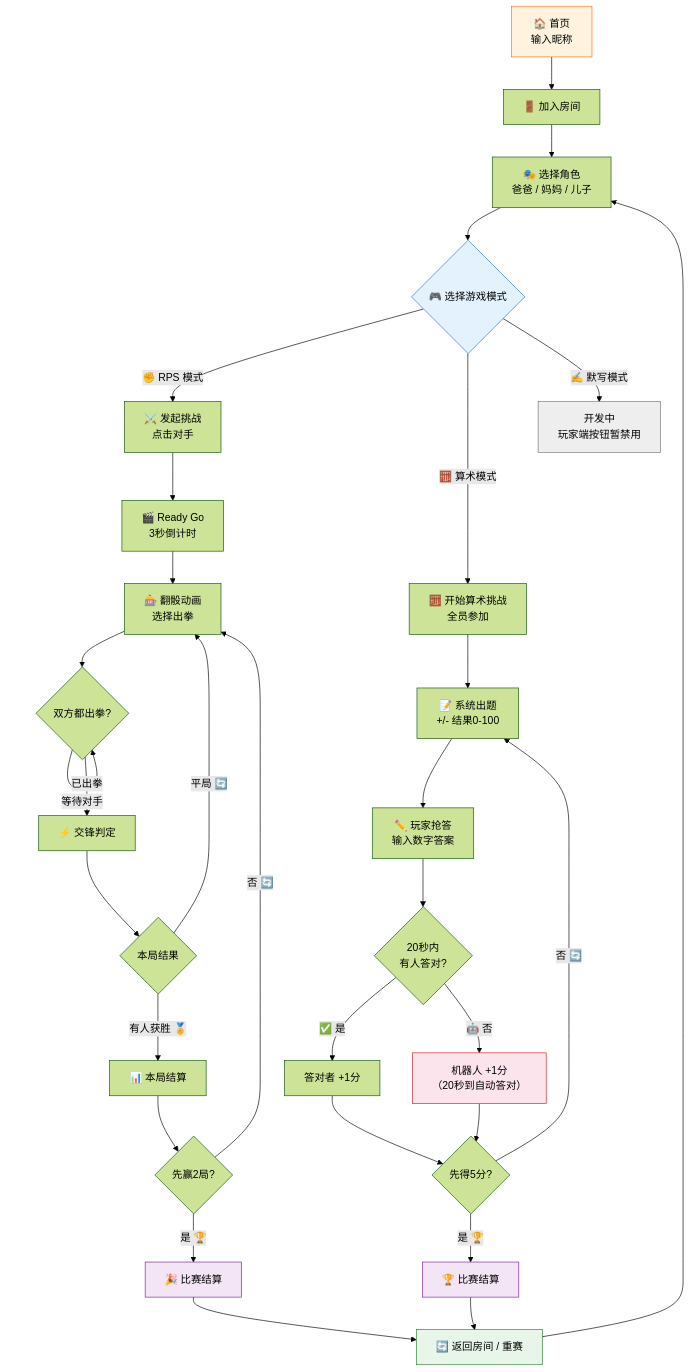
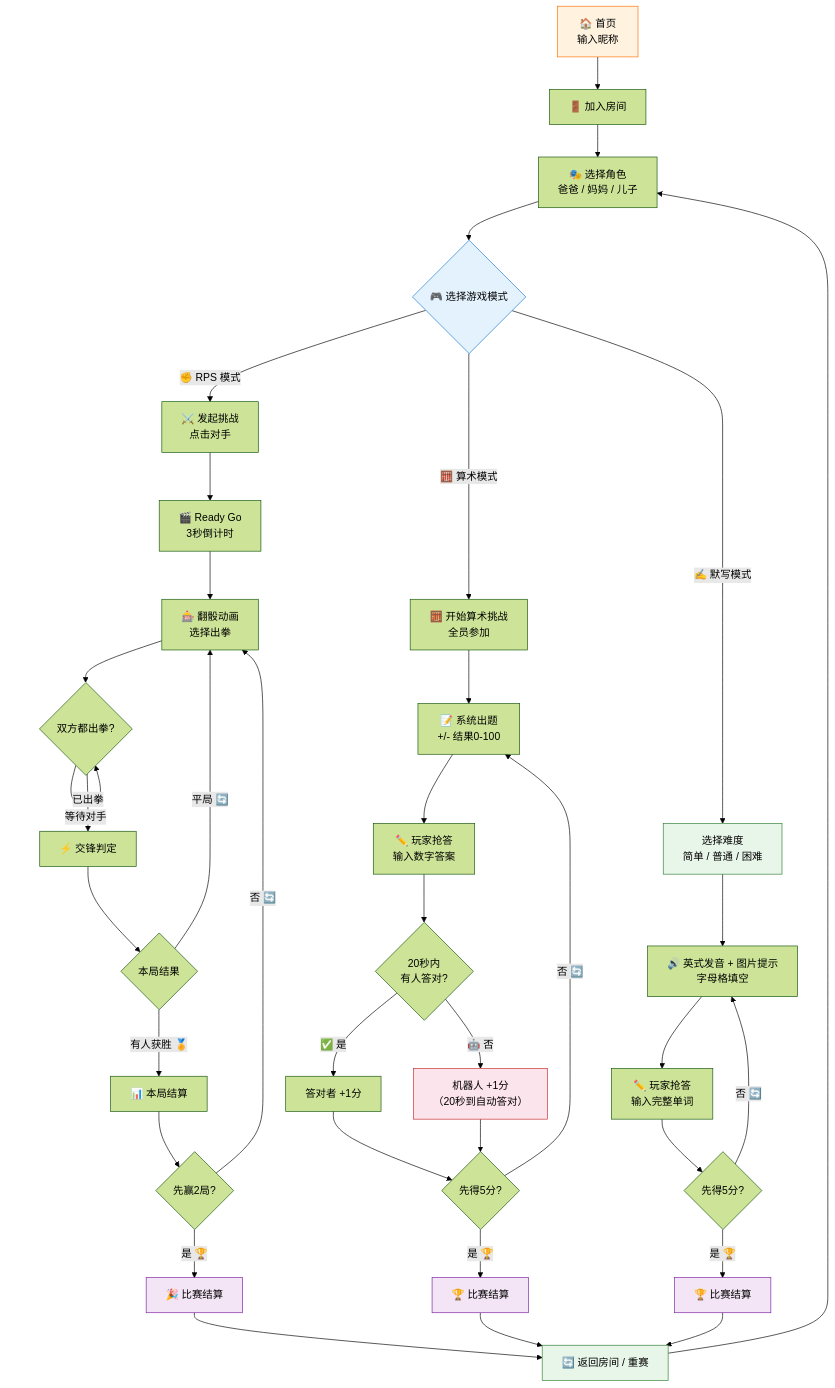
The second of 2 diagrams in README.md (soapgu/family-war), drawn with Mermaid (forest theme) before and after one commit. The commit also changed other lines of this file and 13 other files, not shown here.

````diff
--- a/README.md
+++ b/README.md
@@ -37,44 +37,51 @@
 ```mermaid
 flowchart TD
     A[🏠 首页<br>输入昵称] --> B[🚪 加入房间]
     B --> C[🎭 选择角色<br>爸爸 / 妈妈 / 儿子]
     C --> D{🎮 选择游戏模式}
 
     D -->|✊ RPS 模式| E[⚔️ 发起挑战<br>点击对手]
     E --> F[🎬 Ready Go<br>3秒倒计时]
     F --> G[🎰 翻骰动画<br>选择出拳]
     G --> H{双方都出拳?}
     H -->|等待对手| H
     H -->|已出拳| I[⚡ 交锋判定]
     I --> J{本局结果}
     J -->|平局 🔄| G
     J -->|有人获胜 🏅| K[📊 本局结算]
     K --> L{先赢2局?}
     L -->|否 🔄| G
     L -->|是 🏆| M[🎉 比赛结算]
 
     D -->|🧮 算术模式| N[🧮 开始算术挑战<br>全员参加]
     N --> O[📝 系统出题<br>+/- 结果0-100]
     O --> P[✏️ 玩家抢答<br>输入数字答案]
     P --> Q{20秒内<br>有人答对?}
     Q -->|✅ 是| R[答对者 +1分]
     Q -->|🤖 否| S[机器人 +1分<br>（20秒到自动答对）]
     R --> T{先得5分?}
     S --> T
     T -->|否 🔄| O
     T -->|是 🏆| U[🏆 比赛结算]
 
-    D -->|✍️ 默写模式| Sp[开发中<br>玩家端按钮暂禁用]
+    D -->|✍️ 默写模式| Sp[选择难度<br>简单 / 普通 / 困难]
+    Sp --> SpQ[🔊 英式发音 + 图片提示<br>字母格填空]
+    SpQ --> SpA[✏️ 玩家抢答<br>输入完整单词]
+    SpA --> SpR{先得5分?}
+    SpR -->|否 🔄| SpQ
+    SpR -->|是 🏆| SpM[🏆 比赛结算]
 
     M --> V[🔄 返回房间 / 重赛]
     U --> V
+    SpM --> V
     V --> C
 
     style A fill:#fff3e0,stroke:#ff6f00
     style D fill:#e3f2fd,stroke:#1976d2
     style M fill:#f3e5f5,stroke:#7b1fa2
     style U fill:#f3e5f5,stroke:#7b1fa2
-    style Sp fill:#eeeeee,stroke:#757575
+    style Sp fill:#e8f5e9,stroke:#2e7d32
+    style SpM fill:#f3e5f5,stroke:#7b1fa2
     style S fill:#fce4ec,stroke:#c62828
     style V fill:#e8f5e9,stroke:#2e7d32
 ```
````
